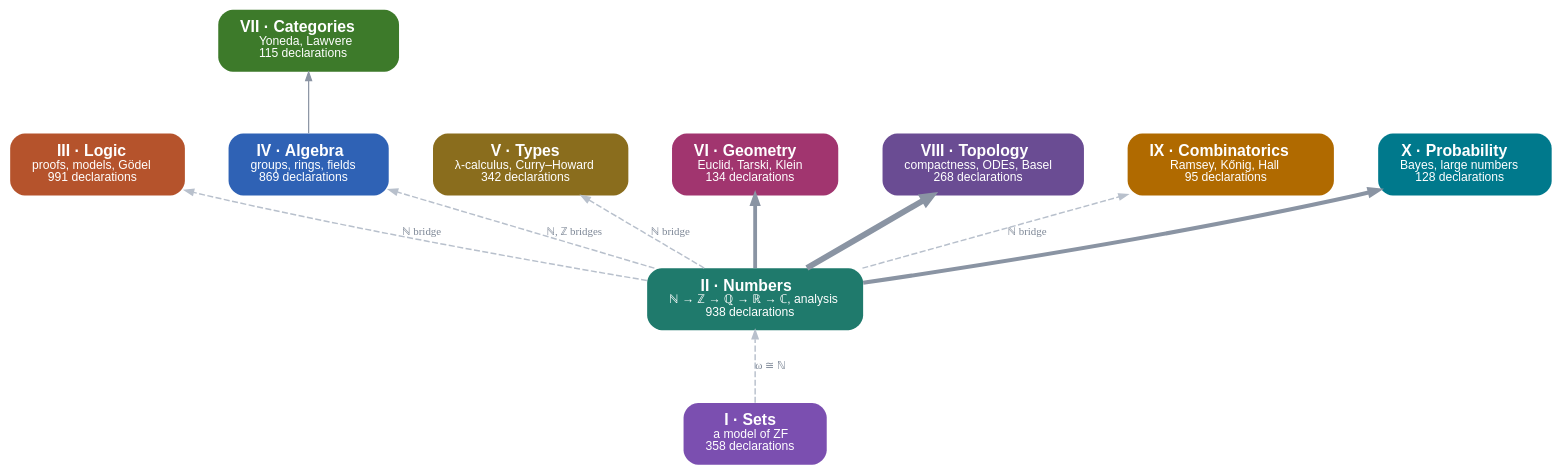
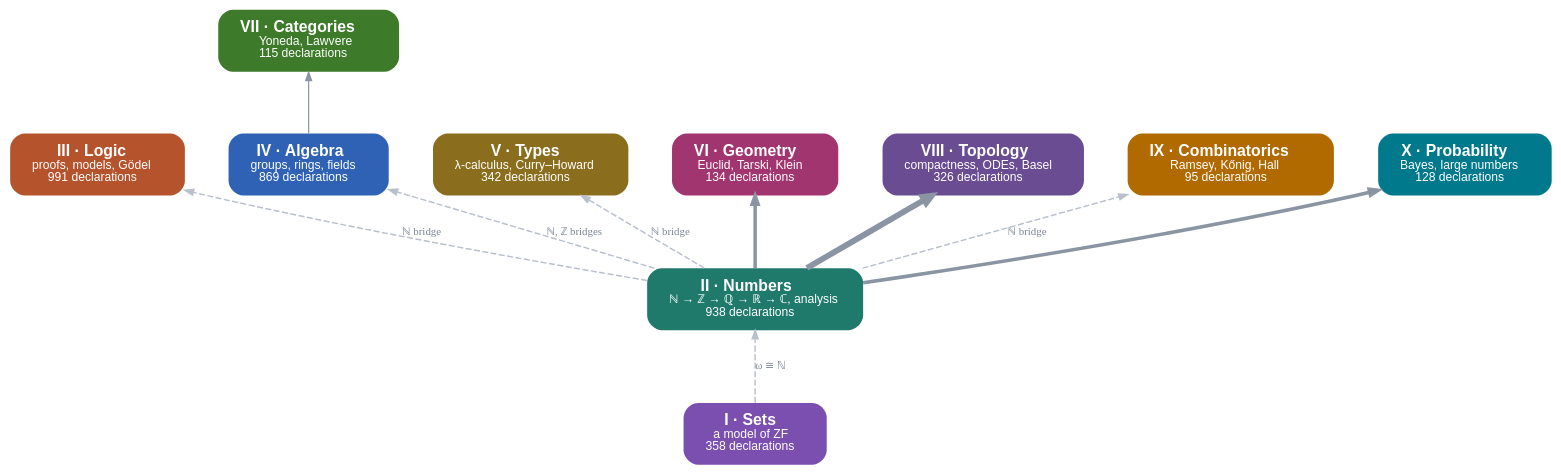
One commit to damianspendel/foundations changed the diagram in site/dist/parts.dot. Above: the diagram before and after it, drawn with Graphviz. The commit also changed 12 other files, not shown here.

```diff
--- a/site/dist/parts.dot
+++ b/site/dist/parts.dot
@@ -1,24 +1,24 @@
 digraph parts {
 rankdir=BT; bgcolor="transparent"; nodesep=0.5; ranksep=0.7;
 node [shape=box, style="rounded,filled", fontname="Helvetica", fontsize=13, penwidth=0, margin="0.25,0.12"];
 edge [color="#8a94a3", arrowsize=0.7];
 "Sets" [label=<<b>I · Sets</b><br/><font point-size="10">a model of ZF<br/>358 declarations</font>>, fillcolor="#7b4fb0", fontcolor="white"];
 "Numbers" [label=<<b>II · Numbers</b><br/><font point-size="10">ℕ → ℤ → ℚ → ℝ → ℂ, analysis<br/>938 declarations</font>>, fillcolor="#1f7a6c", fontcolor="white"];
 "Logic" [label=<<b>III · Logic</b><br/><font point-size="10">proofs, models, Gödel<br/>991 declarations</font>>, fillcolor="#b5532c", fontcolor="white"];
 "Algebra" [label=<<b>IV · Algebra</b><br/><font point-size="10">groups, rings, fields<br/>869 declarations</font>>, fillcolor="#2f62b5", fontcolor="white"];
 "Types" [label=<<b>V · Types</b><br/><font point-size="10">λ-calculus, Curry–Howard<br/>342 declarations</font>>, fillcolor="#8a6d1d", fontcolor="white"];
 "Geometry" [label=<<b>VI · Geometry</b><br/><font point-size="10">Euclid, Tarski, Klein<br/>134 declarations</font>>, fillcolor="#a1356f", fontcolor="white"];
 "Categories" [label=<<b>VII · Categories</b><br/><font point-size="10">Yoneda, Lawvere<br/>115 declarations</font>>, fillcolor="#3d7a2a", fontcolor="white"];
-"Topology" [label=<<b>VIII · Topology</b><br/><font point-size="10">compactness, ODEs, Basel<br/>268 declarations</font>>, fillcolor="#6a4c93", fontcolor="white"];
+"Topology" [label=<<b>VIII · Topology</b><br/><font point-size="10">compactness, ODEs, Basel<br/>326 declarations</font>>, fillcolor="#6a4c93", fontcolor="white"];
 "Combinatorics" [label=<<b>IX · Combinatorics</b><br/><font point-size="10">Ramsey, Kőnig, Hall<br/>95 declarations</font>>, fillcolor="#b06a00", fontcolor="white"];
 "Probability" [label=<<b>X · Probability</b><br/><font point-size="10">Bayes, large numbers<br/>128 declarations</font>>, fillcolor="#00798c", fontcolor="white"];
-"Algebra" -> "Categories" [penwidth=1.00, tooltip="23 uses of Algebra in Categories"];
-"Numbers" -> "Geometry" [penwidth=3.14, tooltip="3189 uses of Numbers in Geometry"];
-"Numbers" -> "Probability" [penwidth=3.31, tooltip="3662 uses of Numbers in Probability"];
-"Numbers" -> "Topology" [penwidth=4.80, tooltip="9279 uses of Numbers in Topology"];
+"Algebra" -> "Categories" [penwidth=0.98, tooltip="23 uses of Algebra in Categories"];
+"Numbers" -> "Geometry" [penwidth=2.87, tooltip="3189 uses of Numbers in Geometry"];
+"Numbers" -> "Probability" [penwidth=3.01, tooltip="3662 uses of Numbers in Probability"];
+"Numbers" -> "Topology" [penwidth=4.80, tooltip="11945 uses of Numbers in Topology"];
 "Sets" -> "Numbers" [style=dashed, color="#b8c0cc", penwidth=1.2, label=<<font point-size="9" color="#7d8796">ω ≅ ℕ</font>>];
 "Numbers" -> "Logic" [style=dashed, color="#b8c0cc", penwidth=1.2, label=<<font point-size="9" color="#7d8796">ℕ bridge</font>>];
 "Numbers" -> "Algebra" [style=dashed, color="#b8c0cc", penwidth=1.2, label=<<font point-size="9" color="#7d8796">ℕ, ℤ bridges</font>>];
 "Numbers" -> "Types" [style=dashed, color="#b8c0cc", penwidth=1.2, label=<<font point-size="9" color="#7d8796">ℕ bridge</font>>];
 "Numbers" -> "Combinatorics" [style=dashed, color="#b8c0cc", penwidth=1.2, label=<<font point-size="9" color="#7d8796">ℕ bridge</font>>];
 }
```
